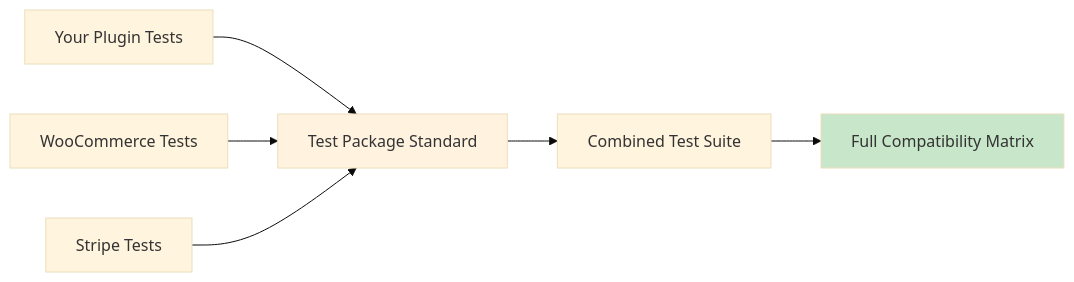
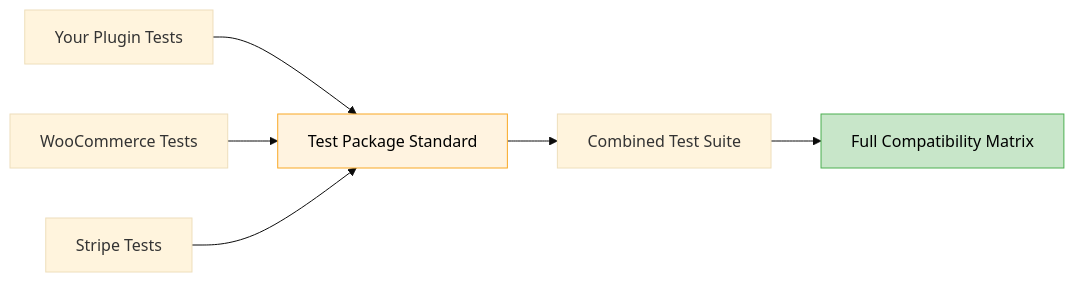
Before and after one commit to woocommerce/qit-documentation: the diagram in docs/test-packages-new/start-here/what-are-test-packages.md, drawn with Mermaid (base theme). The commit also changed 1 other file, not shown here.

Commit message:
Mermaid dark mode tweak

````diff
--- a/docs/test-packages-new/start-here/what-are-test-packages.md
+++ b/docs/test-packages-new/start-here/what-are-test-packages.md
@@ -28,11 +28,13 @@
 ```mermaid
 graph LR
     A[Your Plugin Tests] --> D[Test Package Standard]
     B[WooCommerce Tests] --> D
     C[Stripe Tests] --> D
     D --> E[Combined Test Suite]
     E --> F[Full Compatibility Matrix]
     
-    style D fill:#fff3e0
-    style F fill:#c8e6c9
+    classDef highlight fill:#fff3e0,stroke:#f9a825,color:#000
+    classDef success fill:#c8e6c9,stroke:#4caf50,color:#000
+    class D highlight
+    class F success
 ```
````
